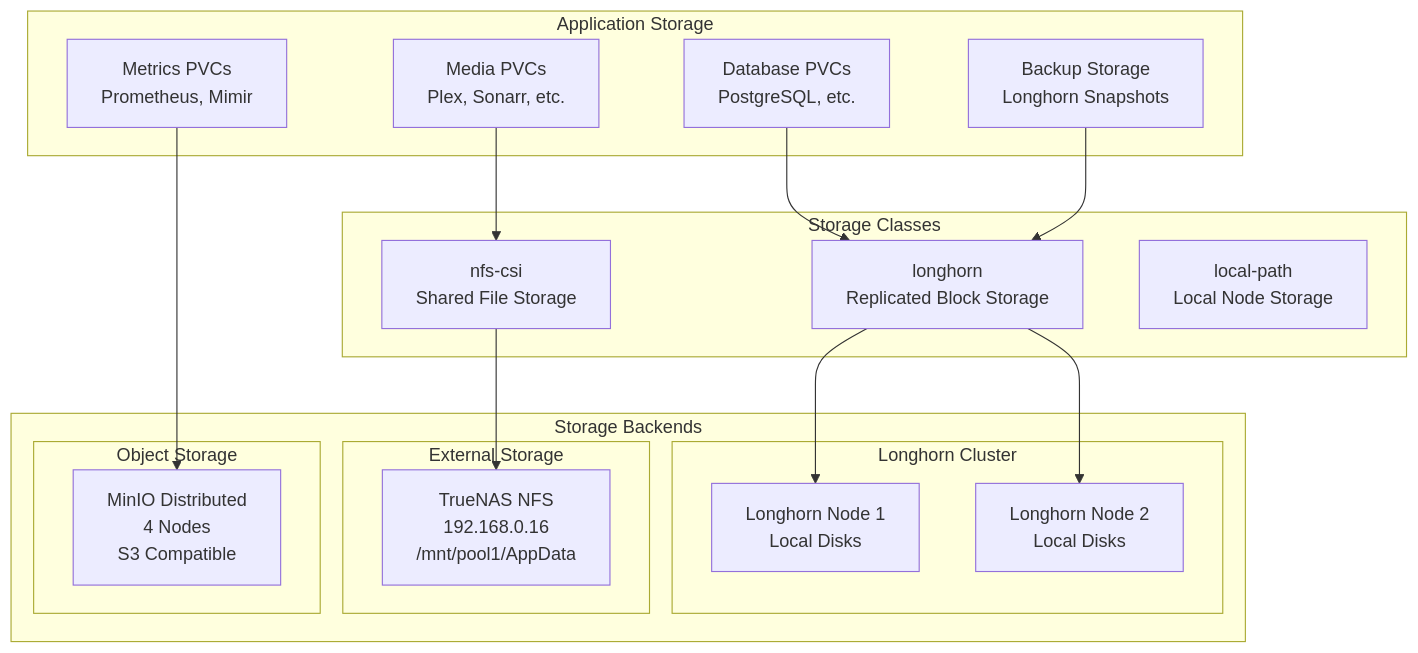
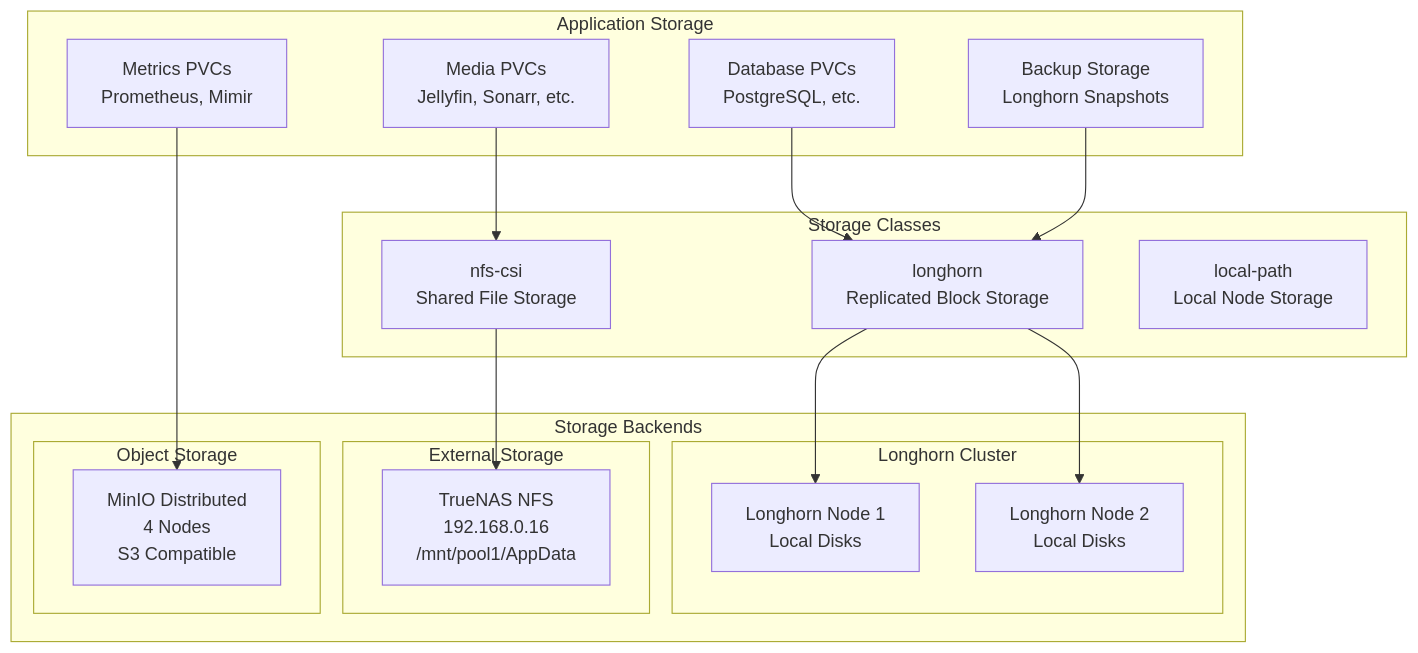
Before and after one commit to codesenju/kubelab: the fourth of 8 diagrams in docs/architecture.md, drawn with Mermaid. The commit also changed other lines of this file and 1 other file, not shown here.

Commit message:
chore: refactor rename Plex to Jellyfin

````diff
--- a/docs/architecture.md
+++ b/docs/architecture.md
@@ -135,39 +135,39 @@
 ```mermaid
 graph TB
     subgraph "Storage Classes"
         SC1[longhorn<br/>Replicated Block Storage]
         SC2[nfs-csi<br/>Shared File Storage]
         SC3[local-path<br/>Local Node Storage]
     end
 
     subgraph "Storage Backends"
         subgraph "Longhorn Cluster"
             LH1[Longhorn Node 1<br/>Local Disks]
             LH2[Longhorn Node 2<br/>Local Disks]
         end
         
         subgraph "External Storage"
             NFS_Server[TrueNAS NFS<br/>192.168.0.16<br/>/mnt/pool1/AppData]
         end
         
         subgraph "Object Storage"
             MinIO_Cluster[MinIO Distributed<br/>4 Nodes<br/>S3 Compatible]
         end
     end
 
     subgraph "Application Storage"
         DB_Storage[Database PVCs<br/>PostgreSQL, etc.]
-        Media_Storage[Media PVCs<br/>Plex, Sonarr, etc.]
+        Media_Storage[Media PVCs<br/>Jellyfin, Sonarr, etc.]
         Metrics_Storage[Metrics PVCs<br/>Prometheus, Mimir]
         Backup_Storage[Backup Storage<br/>Longhorn Snapshots]
     end
 
     SC1 --> LH1
     SC1 --> LH2
     SC2 --> NFS_Server
     
     DB_Storage --> SC1
     Media_Storage --> SC2
     Metrics_Storage --> MinIO_Cluster
     Backup_Storage --> SC1
 ```
````
